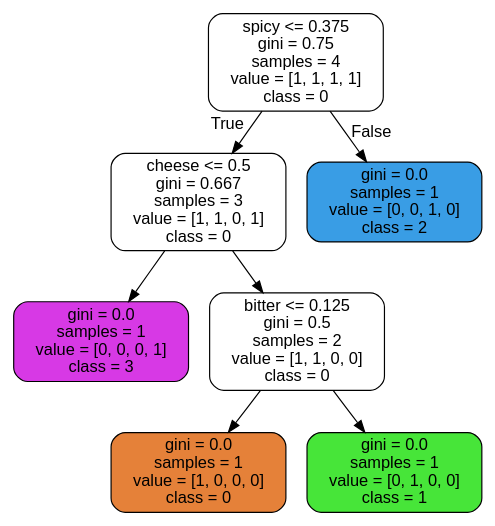
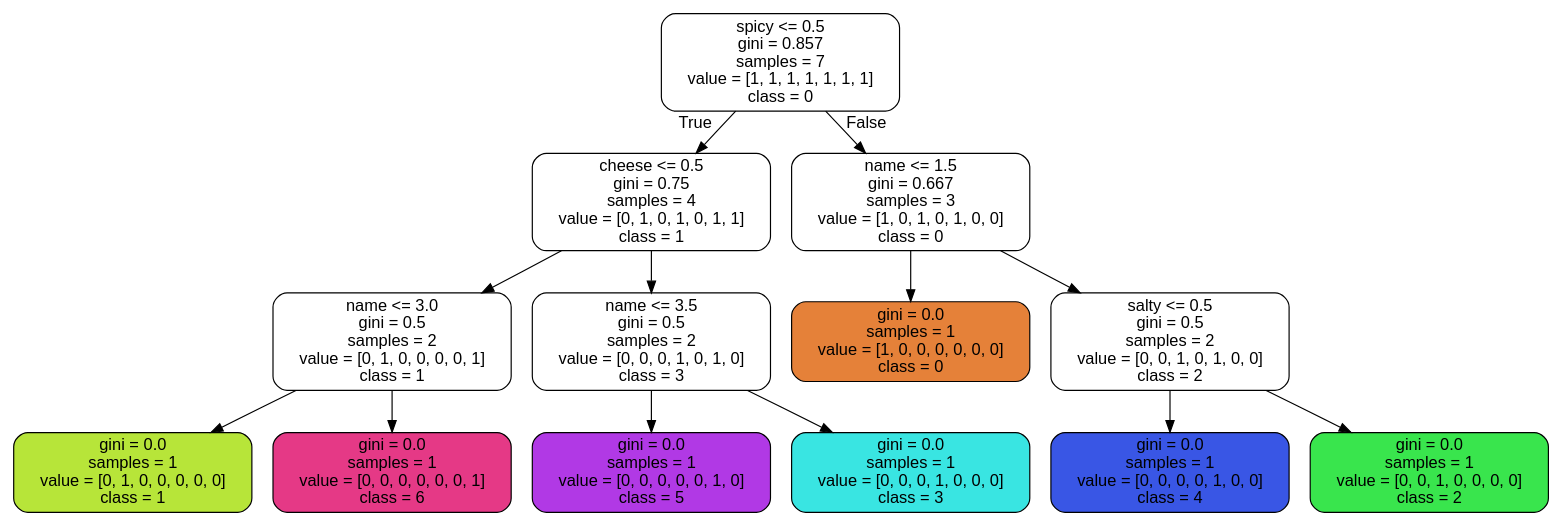
The diagram in iris_tree.dot (PawelManczak/Food-Akinator), drawn with Graphviz before and after one commit. The commit also changed 4 other files, not shown here.

```diff
--- a/iris_tree.dot
+++ b/iris_tree.dot
@@ -1,17 +1,29 @@
 digraph Tree {
 node [shape=box, style="filled, rounded", color="black", fontname="helvetica"] ;
 edge [fontname="helvetica"] ;
-0 [label="spicy <= 0.375\ngini = 0.75\nsamples = 4\nvalue = [1, 1, 1, 1]\nclass = 0", fillcolor="#ffffff"] ;
-1 [label="cheese <= 0.5\ngini = 0.667\nsamples = 3\nvalue = [1, 1, 0, 1]\nclass = 0", fillcolor="#ffffff"] ;
+0 [label="spicy <= 0.5\ngini = 0.857\nsamples = 7\nvalue = [1, 1, 1, 1, 1, 1, 1]\nclass = 0", fillcolor="#ffffff"] ;
+1 [label="cheese <= 0.5\ngini = 0.75\nsamples = 4\nvalue = [0, 1, 0, 1, 0, 1, 1]\nclass = 1", fillcolor="#ffffff"] ;
 0 -> 1 [labeldistance=2.5, labelangle=45, headlabel="True"] ;
-2 [label="gini = 0.0\nsamples = 1\nvalue = [0, 0, 0, 1]\nclass = 3", fillcolor="#d739e5"] ;
+2 [label="name <= 3.0\ngini = 0.5\nsamples = 2\nvalue = [0, 1, 0, 0, 0, 0, 1]\nclass = 1", fillcolor="#ffffff"] ;
 1 -> 2 ;
-3 [label="bitter <= 0.125\ngini = 0.5\nsamples = 2\nvalue = [1, 1, 0, 0]\nclass = 0", fillcolor="#ffffff"] ;
-1 -> 3 ;
-4 [label="gini = 0.0\nsamples = 1\nvalue = [1, 0, 0, 0]\nclass = 0", fillcolor="#e58139"] ;
-3 -> 4 ;
-5 [label="gini = 0.0\nsamples = 1\nvalue = [0, 1, 0, 0]\nclass = 1", fillcolor="#47e539"] ;
-3 -> 5 ;
-6 [label="gini = 0.0\nsamples = 1\nvalue = [0, 0, 1, 0]\nclass = 2", fillcolor="#399de5"] ;
-0 -> 6 [labeldistance=2.5, labelangle=-45, headlabel="False"] ;
+3 [label="gini = 0.0\nsamples = 1\nvalue = [0, 1, 0, 0, 0, 0, 0]\nclass = 1", fillcolor="#b7e539"] ;
+2 -> 3 ;
+4 [label="gini = 0.0\nsamples = 1\nvalue = [0, 0, 0, 0, 0, 0, 1]\nclass = 6", fillcolor="#e53986"] ;
+2 -> 4 ;
+5 [label="name <= 3.5\ngini = 0.5\nsamples = 2\nvalue = [0, 0, 0, 1, 0, 1, 0]\nclass = 3", fillcolor="#ffffff"] ;
+1 -> 5 ;
+6 [label="gini = 0.0\nsamples = 1\nvalue = [0, 0, 0, 0, 0, 1, 0]\nclass = 5", fillcolor="#b139e5"] ;
+5 -> 6 ;
+7 [label="gini = 0.0\nsamples = 1\nvalue = [0, 0, 0, 1, 0, 0, 0]\nclass = 3", fillcolor="#39e5e2"] ;
+5 -> 7 ;
+8 [label="name <= 1.5\ngini = 0.667\nsamples = 3\nvalue = [1, 0, 1, 0, 1, 0, 0]\nclass = 0", fillcolor="#ffffff"] ;
+0 -> 8 [labeldistance=2.5, labelangle=-45, headlabel="False"] ;
+9 [label="gini = 0.0\nsamples = 1\nvalue = [1, 0, 0, 0, 0, 0, 0]\nclass = 0", fillcolor="#e58139"] ;
+8 -> 9 ;
+10 [label="salty <= 0.5\ngini = 0.5\nsamples = 2\nvalue = [0, 0, 1, 0, 1, 0, 0]\nclass = 2", fillcolor="#ffffff"] ;
+8 -> 10 ;
+11 [label="gini = 0.0\nsamples = 1\nvalue = [0, 0, 0, 0, 1, 0, 0]\nclass = 4", fillcolor="#3956e5"] ;
+10 -> 11 ;
+12 [label="gini = 0.0\nsamples = 1\nvalue = [0, 0, 1, 0, 0, 0, 0]\nclass = 2", fillcolor="#39e54d"] ;
+10 -> 12 ;
 }
```
